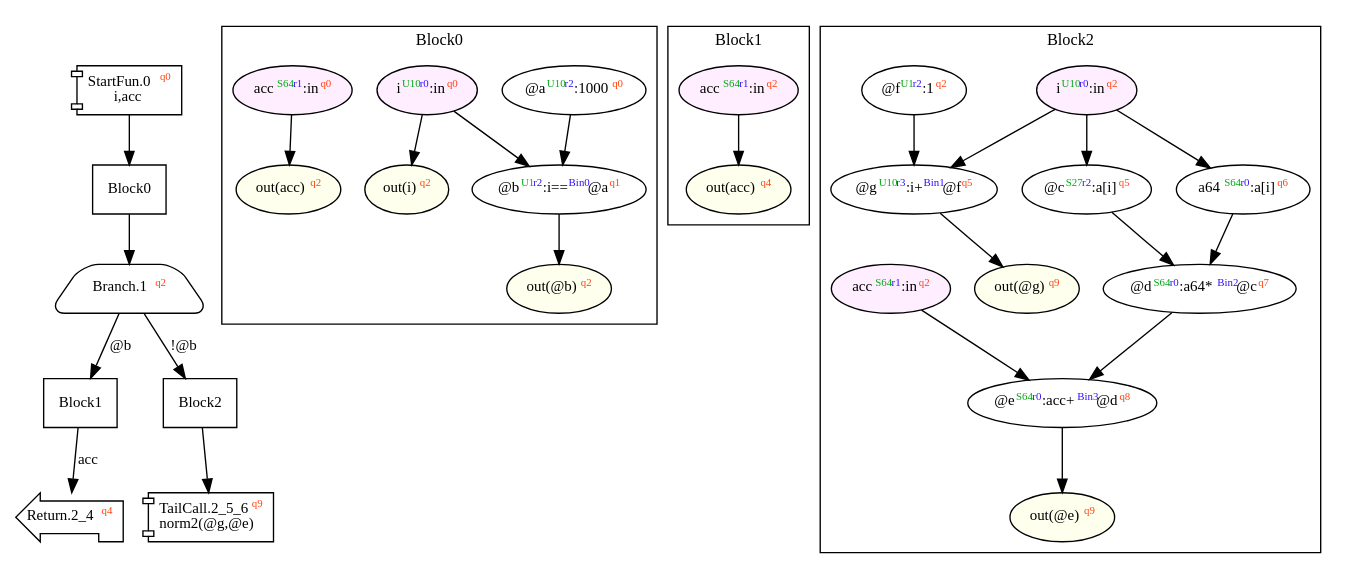
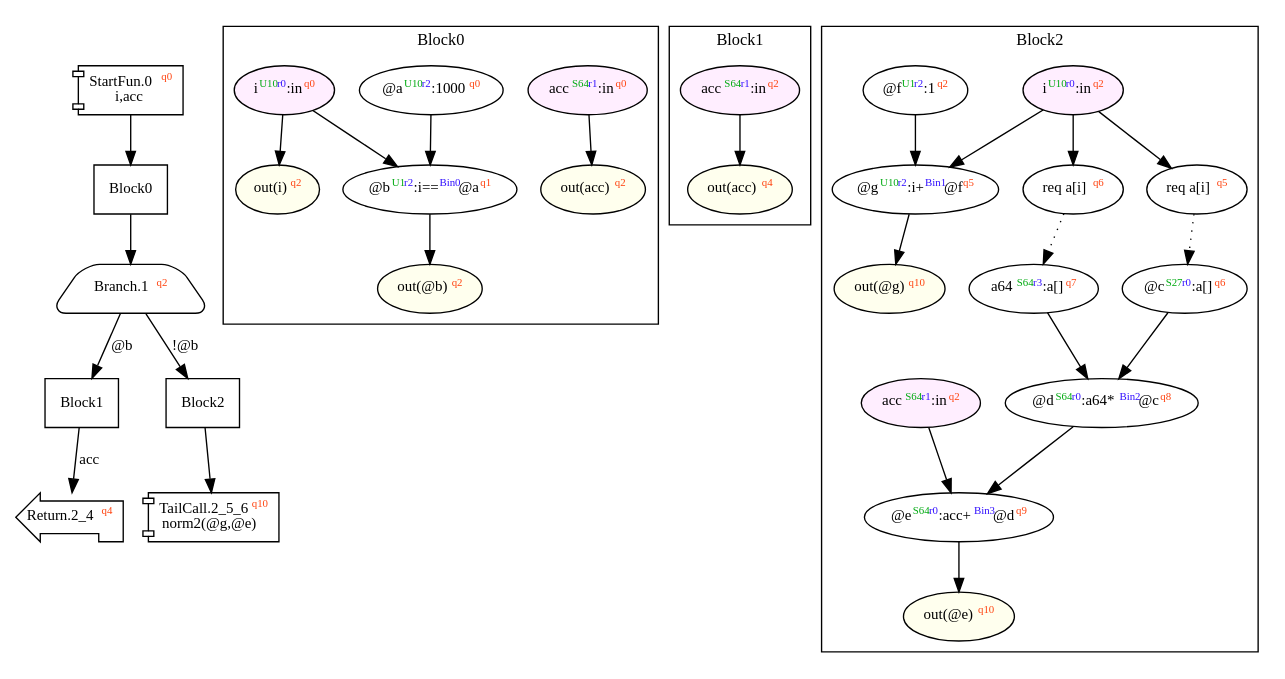
The diagram in dist/norm2.dot (akouryy/SyntheScala), drawn with Graphviz before and after one commit. The commit also changed 25 other files, not shown here.

```diff
--- a/dist/norm2.dot
+++ b/dist/norm2.dot
@@ -1,68 +1,72 @@
 digraph Program_ {
   graph [fontname = "Monaco", fontsize = 12, ranksep = 0.5];
   node [shape = box, fontname = "Monaco", fontsize = 11; colorscheme = pastel19];
   edge [fontname = "Monaco", fontsize = 11; colorscheme = pastel19];
   Jump0[label = <StartFun.0<font color="#ff4411" point-size="8"><sup>q0</sup></font><br/>i,acc>; shape = component];
   Jump0 -> Block0;
   Jump1[
     label = <Branch.1<font color="#ff4411" point-size="8"><sup>q2</sup></font>>;
     shape = trapezium; style = rounded;
   ];
   Block0 -> Jump1;
   Jump1 -> Block1 [label="@b"];
   Jump1 -> Block2 [label="!@b"];
   Jump2_4[label = <Return.2_4<font color="#ff4411" point-size="8"><sup>q4</sup></font>>; shape = lpromoter];
   Block1 -> Jump2_4 [label="acc"];
-  Jump2_5_6[label = <TailCall.2_5_6<font color="#ff4411" point-size="8"><sup>q9</sup></font><br/>norm2(@g,@e)>; shape = component];
+  Jump2_5_6[label = <TailCall.2_5_6<font color="#ff4411" point-size="8"><sup>q10</sup></font><br/>norm2(@g,@e)>; shape = component];
   Block2 -> Jump2_5_6;
   Block0 [label = "Block0"];
   Block1 [label = "Block1"];
   Block2 [label = "Block2"];
   subgraph cluster_dfg_Block0 {
     node [shape = oval];
     label = "Block0";
     0 [label=<@a<font color="#00aa11" point-size="8"><sup>U10</sup></font><font color="#3311ff" point-size="8"><sup>r2</sup></font>:1000<font color="#ff4411" point-size="8"><sup>q0</sup></font>>; ];
-    20 [label=<out(@b)<font color="#ff4411" point-size="8"><sup>q2</sup></font>>; style="filled"; fillcolor="#ffffee";];
+    20 [label=<out(acc)<font color="#ff4411" point-size="8"><sup>q2</sup></font>>; style="filled"; fillcolor="#ffffee";];
     1 [label=<@b<font color="#00aa11" point-size="8"><sup>U1</sup></font><font color="#3311ff" point-size="8"><sup>r2</sup></font>:i==<font color="#3311ff" point-size="8"><sup>Bin0</sup></font>@a<font color="#ff4411" point-size="8"><sup>q1</sup></font>>; ];
-    17 [label=<i<font color="#00aa11" point-size="8"><sup>U10</sup></font><font color="#3311ff" point-size="8"><sup>r0</sup></font>:in<font color="#ff4411" point-size="8"><sup>q0</sup></font>>; style="filled"; fillcolor="#ffeeff";];
-    18 [label=<out(acc)<font color="#ff4411" point-size="8"><sup>q2</sup></font>>; style="filled"; fillcolor="#ffffee";];
-    16 [label=<acc<font color="#00aa11" point-size="8"><sup>S64</sup></font><font color="#3311ff" point-size="8"><sup>r1</sup></font>:in<font color="#ff4411" point-size="8"><sup>q0</sup></font>>; style="filled"; fillcolor="#ffeeff";];
-    19 [label=<out(i)<font color="#ff4411" point-size="8"><sup>q2</sup></font>>; style="filled"; fillcolor="#ffffee";];
+    21 [label=<out(i)<font color="#ff4411" point-size="8"><sup>q2</sup></font>>; style="filled"; fillcolor="#ffffee";];
+    22 [label=<out(@b)<font color="#ff4411" point-size="8"><sup>q2</sup></font>>; style="filled"; fillcolor="#ffffee";];
+    18 [label=<acc<font color="#00aa11" point-size="8"><sup>S64</sup></font><font color="#3311ff" point-size="8"><sup>r1</sup></font>:in<font color="#ff4411" point-size="8"><sup>q0</sup></font>>; style="filled"; fillcolor="#ffeeff";];
+    19 [label=<i<font color="#00aa11" point-size="8"><sup>U10</sup></font><font color="#3311ff" point-size="8"><sup>r0</sup></font>:in<font color="#ff4411" point-size="8"><sup>q0</sup></font>>; style="filled"; fillcolor="#ffeeff";];
     0 -> 1;
-    1 -> 20;
-    16 -> 18;
-    17 -> 1;
-    17 -> 19;
+    1 -> 22;
+    18 -> 20;
+    19 -> 1;
+    19 -> 21;
   }
   subgraph cluster_dfg_Block1 {
     node [shape = oval];
     label = "Block1";
-    11 [label=<acc<font color="#00aa11" point-size="8"><sup>S64</sup></font><font color="#3311ff" point-size="8"><sup>r1</sup></font>:in<font color="#ff4411" point-size="8"><sup>q2</sup></font>>; style="filled"; fillcolor="#ffeeff";];
-    12 [label=<out(acc)<font color="#ff4411" point-size="8"><sup>q4</sup></font>>; style="filled"; fillcolor="#ffffee";];
-    11 -> 12;
+    13 [label=<acc<font color="#00aa11" point-size="8"><sup>S64</sup></font><font color="#3311ff" point-size="8"><sup>r1</sup></font>:in<font color="#ff4411" point-size="8"><sup>q2</sup></font>>; style="filled"; fillcolor="#ffeeff";];
+    14 [label=<out(acc)<font color="#ff4411" point-size="8"><sup>q4</sup></font>>; style="filled"; fillcolor="#ffffee";];
+    13 -> 14;
   }
   subgraph cluster_dfg_Block2 {
     node [shape = oval];
     label = "Block2";
-    5 [label=<@e<font color="#00aa11" point-size="8"><sup>S64</sup></font><font color="#3311ff" point-size="8"><sup>r0</sup></font>:acc+<font color="#3311ff" point-size="8"><sup>Bin3</sup></font>@d<font color="#ff4411" point-size="8"><sup>q8</sup></font>>; ];
-    14 [label=<i<font color="#00aa11" point-size="8"><sup>U10</sup></font><font color="#3311ff" point-size="8"><sup>r0</sup></font>:in<font color="#ff4411" point-size="8"><sup>q2</sup></font>>; style="filled"; fillcolor="#ffeeff";];
-    6 [label=<@f<font color="#00aa11" point-size="8"><sup>U1</sup></font><font color="#3311ff" point-size="8"><sup>r2</sup></font>:1<font color="#ff4411" point-size="8"><sup>q2</sup></font>>; ];
-    21 [label=<out(@g)<font color="#ff4411" point-size="8"><sup>q9</sup></font>>; style="filled"; fillcolor="#ffffee";];
-    13 [label=<acc<font color="#00aa11" point-size="8"><sup>S64</sup></font><font color="#3311ff" point-size="8"><sup>r1</sup></font>:in<font color="#ff4411" point-size="8"><sup>q2</sup></font>>; style="filled"; fillcolor="#ffeeff";];
-    2 [label=<a64<font color="#00aa11" point-size="8"><sup>S64</sup></font><font color="#3311ff" point-size="8"><sup>r0</sup></font>:a[i]<font color="#ff4411" point-size="8"><sup>q6</sup></font>>; ];
-    22 [label=<out(@e)<font color="#ff4411" point-size="8"><sup>q9</sup></font>>; style="filled"; fillcolor="#ffffee";];
-    7 [label=<@g<font color="#00aa11" point-size="8"><sup>U10</sup></font><font color="#3311ff" point-size="8"><sup>r3</sup></font>:i+<font color="#3311ff" point-size="8"><sup>Bin1</sup></font>@f<font color="#ff4411" point-size="8"><sup>q5</sup></font>>; ];
-    3 [label=<@c<font color="#00aa11" point-size="8"><sup>S27</sup></font><font color="#3311ff" point-size="8"><sup>r2</sup></font>:a[i]<font color="#ff4411" point-size="8"><sup>q5</sup></font>>; ];
-    4 [label=<@d<font color="#00aa11" point-size="8"><sup>S64</sup></font><font color="#3311ff" point-size="8"><sup>r0</sup></font>:a64*<font color="#3311ff" point-size="8"><sup>Bin2</sup></font>@c<font color="#ff4411" point-size="8"><sup>q7</sup></font>>; ];
-    2 -> 4;
-    3 -> 4;
-    4 -> 5;
-    5 -> 22;
+    5 [label=<@c<font color="#00aa11" point-size="8"><sup>S27</sup></font><font color="#3311ff" point-size="8"><sup>r0</sup></font>:a[]<font color="#ff4411" point-size="8"><sup>q6</sup></font>>; ];
+    24 [label=<out(@e)<font color="#ff4411" point-size="8"><sup>q10</sup></font>>; style="filled"; fillcolor="#ffffee";];
+    6 [label=<@d<font color="#00aa11" point-size="8"><sup>S64</sup></font><font color="#3311ff" point-size="8"><sup>r0</sup></font>:a64*<font color="#3311ff" point-size="8"><sup>Bin2</sup></font>@c<font color="#ff4411" point-size="8"><sup>q8</sup></font>>; ];
+    9 [label=<@g<font color="#00aa11" point-size="8"><sup>U10</sup></font><font color="#3311ff" point-size="8"><sup>r2</sup></font>:i+<font color="#3311ff" point-size="8"><sup>Bin1</sup></font>@f<font color="#ff4411" point-size="8"><sup>q5</sup></font>>; ];
+    2 [label=<req a[i]<font color="#ff4411" point-size="8"><sup>q6</sup></font>>; ];
+    7 [label=<@e<font color="#00aa11" point-size="8"><sup>S64</sup></font><font color="#3311ff" point-size="8"><sup>r0</sup></font>:acc+<font color="#3311ff" point-size="8"><sup>Bin3</sup></font>@d<font color="#ff4411" point-size="8"><sup>q9</sup></font>>; ];
+    3 [label=<a64<font color="#00aa11" point-size="8"><sup>S64</sup></font><font color="#3311ff" point-size="8"><sup>r3</sup></font>:a[]<font color="#ff4411" point-size="8"><sup>q7</sup></font>>; ];
+    16 [label=<i<font color="#00aa11" point-size="8"><sup>U10</sup></font><font color="#3311ff" point-size="8"><sup>r0</sup></font>:in<font color="#ff4411" point-size="8"><sup>q2</sup></font>>; style="filled"; fillcolor="#ffeeff";];
+    23 [label=<out(@g)<font color="#ff4411" point-size="8"><sup>q10</sup></font>>; style="filled"; fillcolor="#ffffee";];
+    8 [label=<@f<font color="#00aa11" point-size="8"><sup>U1</sup></font><font color="#3311ff" point-size="8"><sup>r2</sup></font>:1<font color="#ff4411" point-size="8"><sup>q2</sup></font>>; ];
+    4 [label=<req a[i]<font color="#ff4411" point-size="8"><sup>q5</sup></font>>; ];
+    15 [label=<acc<font color="#00aa11" point-size="8"><sup>S64</sup></font><font color="#3311ff" point-size="8"><sup>r1</sup></font>:in<font color="#ff4411" point-size="8"><sup>q2</sup></font>>; style="filled"; fillcolor="#ffeeff";];
+    3 -> 6;
+    5 -> 6;
     6 -> 7;
-    7 -> 21;
-    13 -> 5;
-    14 -> 2;
-    14 -> 3;
-    14 -> 7;
+    7 -> 24;
+    8 -> 9;
+    9 -> 23;
+    15 -> 7;
+    16 -> 2;
+    16 -> 4;
+    16 -> 9;
+    2 -> 3 [style = dotted];
+    4 -> 5 [style = dotted];
   }
 }
```
